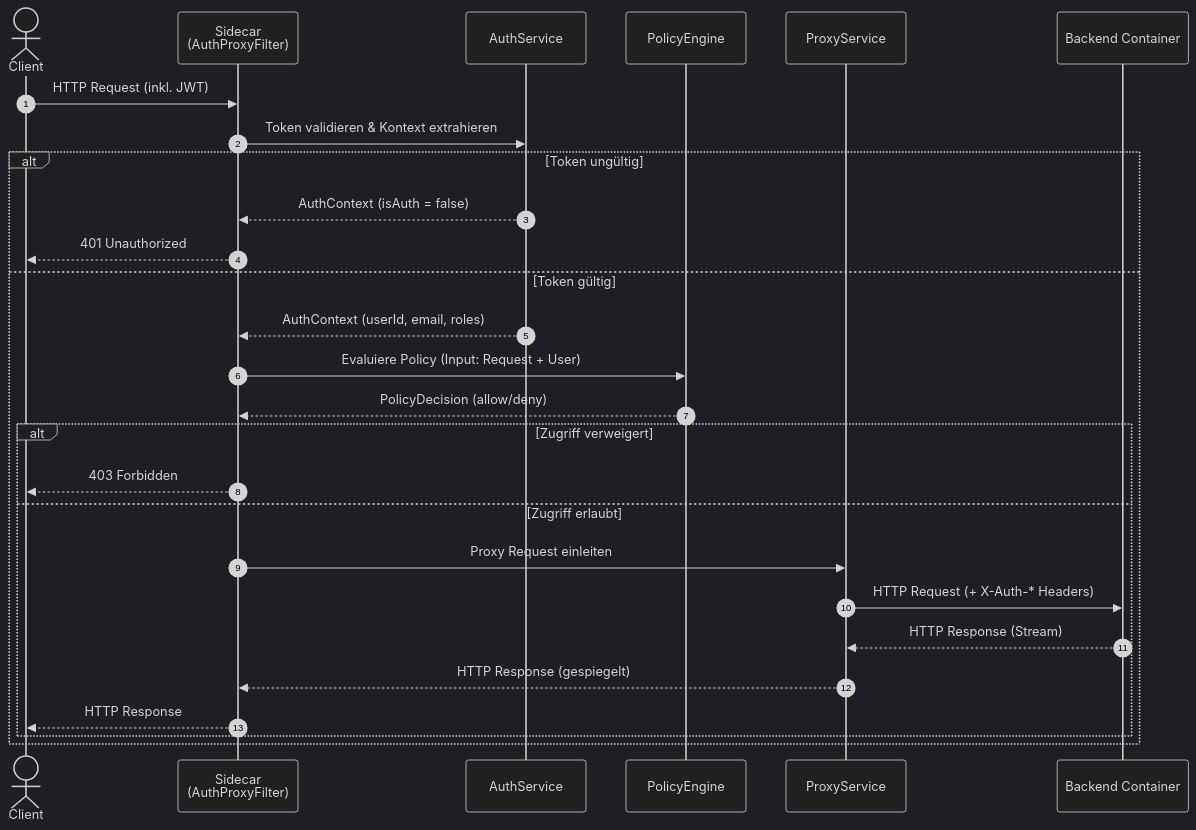
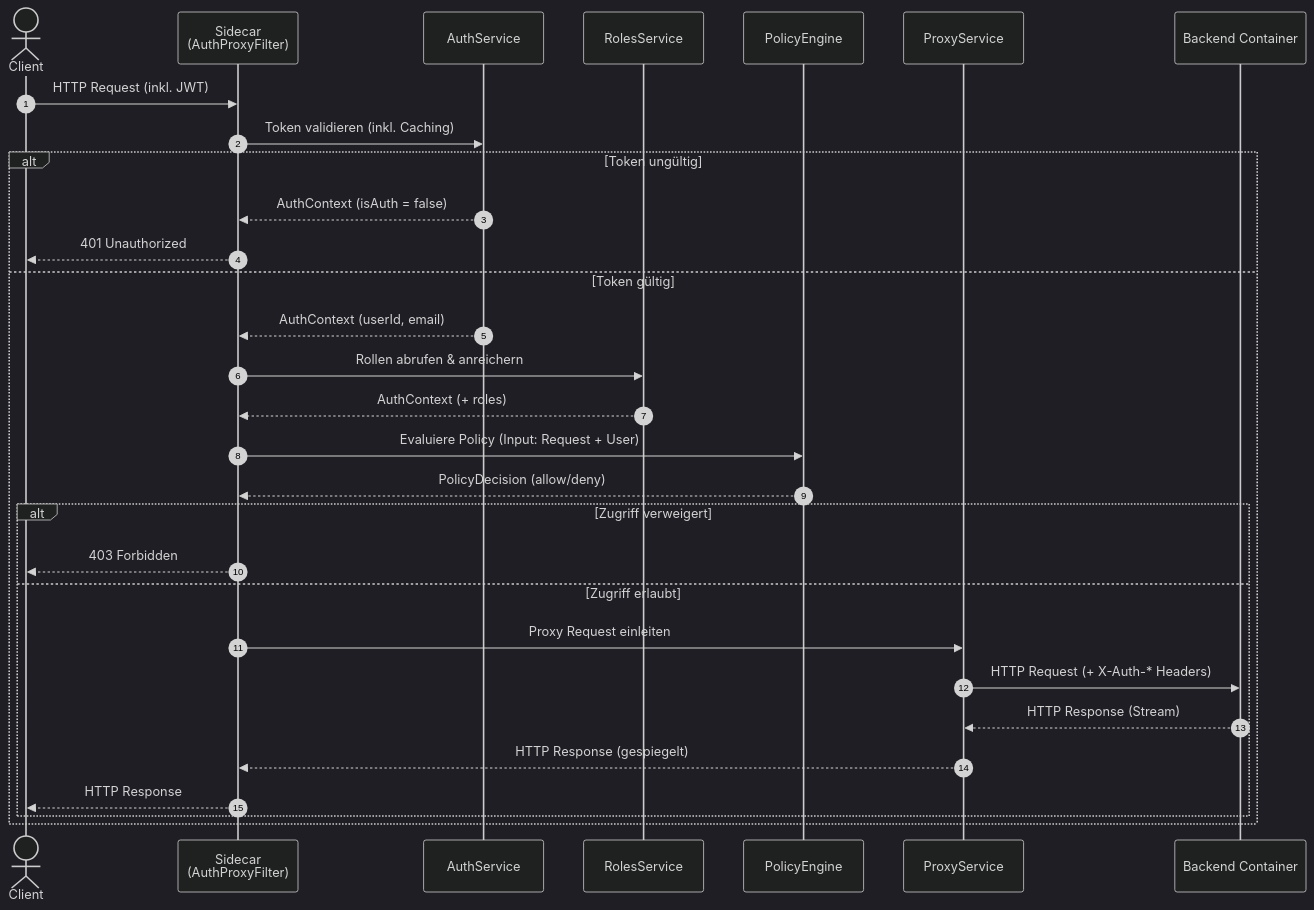
The second of 2 diagrams in README.md (maatini/k8s-auth-sidecar), drawn with Mermaid (dark theme) before and after one commit. The commit also changed other lines of this file, not shown here.

Commit message:
docs: Update architecture diagrams to reflect OIDC caching, the introduction of a Roles Service for user role enrichment, and refined flow descriptions.

````diff
--- a/README.md
+++ b/README.md
@@ -92,32 +94,35 @@
 ```mermaid
 sequenceDiagram
     autonumber
     actor C as Client
     participant S as Sidecar<br/>(AuthProxyFilter)
     participant A as AuthService
+    participant R as RolesService
     participant P as PolicyEngine
     participant X as ProxyService
     participant B as Backend Container
 
     C->>S: HTTP Request (inkl. JWT)
-    S->>A: Token validieren & Kontext extrahieren
+    S->>A: Token validieren (inkl. Caching)
     
     alt Token ungültig
         A-->>S: AuthContext (isAuth = false)
         S-->>C: 401 Unauthorized
     else Token gültig
-        A-->>S: AuthContext (userId, email, roles)
+        A-->>S: AuthContext (userId, email)
+        S->>R: Rollen abrufen & anreichern
+        R-->>S: AuthContext (+ roles)
         S->>P: Evaluiere Policy (Input: Request + User)
         P-->>S: PolicyDecision (allow/deny)
         
         alt Zugriff verweigert
             S-->>C: 403 Forbidden
         else Zugriff erlaubt
             S->>X: Proxy Request einleiten
             X->>B: HTTP Request (+ X-Auth-* Headers)
             B-->>X: HTTP Response (Stream)
             X-->>S: HTTP Response (gespiegelt)
             S-->>C: HTTP Response
         end
     end
 ```
````
